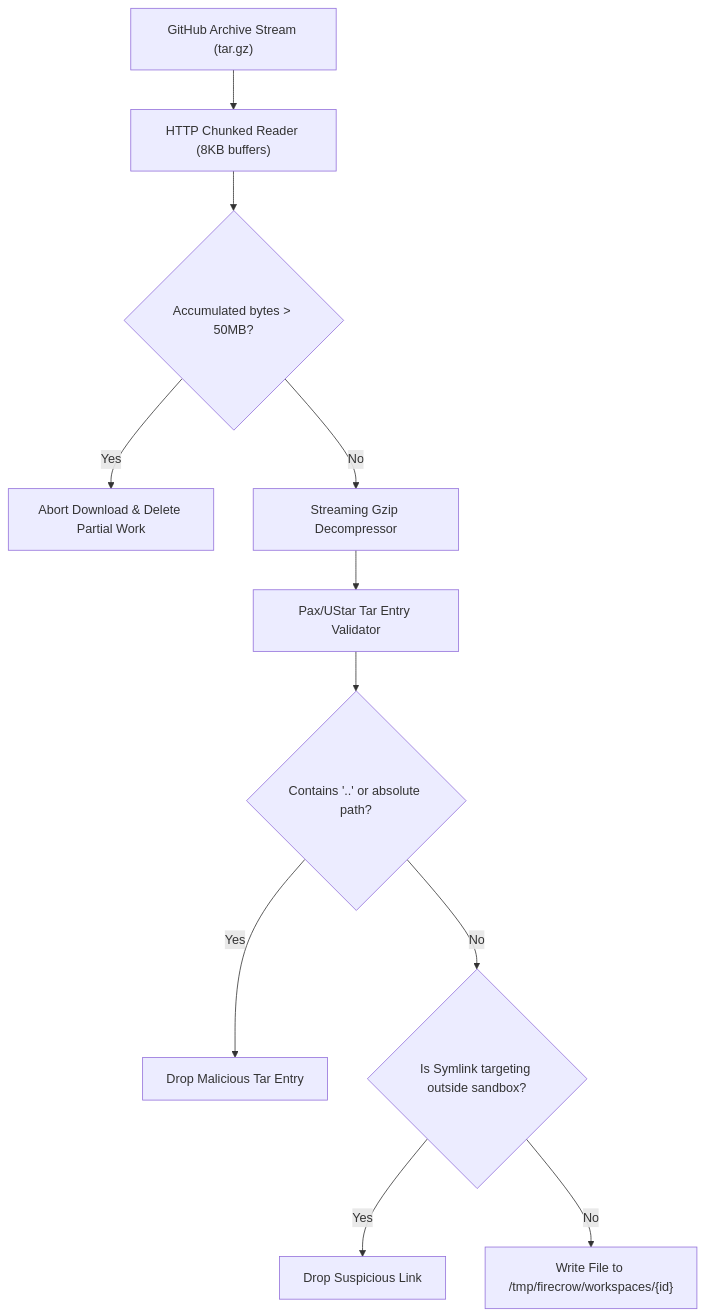
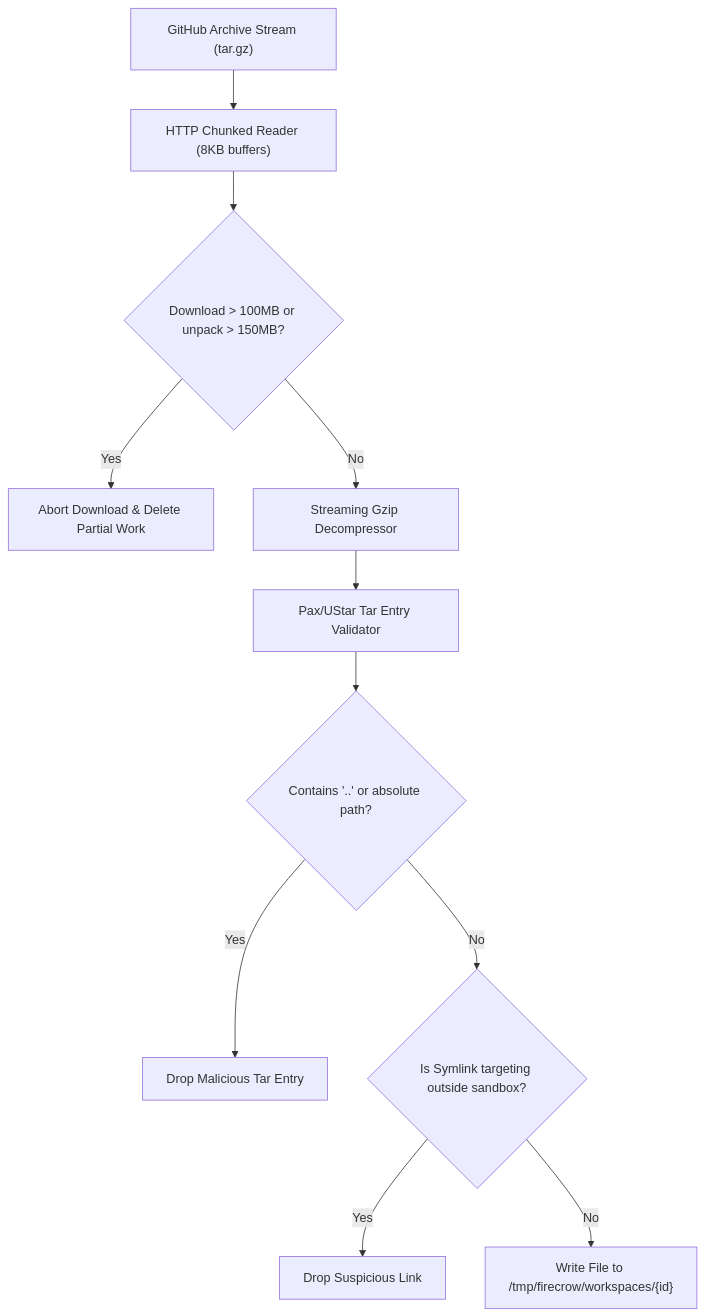
One commit to johan-droid/Fire-Crow- changed the diagram in docs/development/backend.md. Above: the diagram before and after it, drawn with Mermaid. The commit also changed other lines of this file and 104 other files, not shown here.

````diff
--- a/docs/development/backend.md
+++ b/docs/development/backend.md
@@ -42,13 +42,13 @@
 ```mermaid
 flowchart TD
     GH["GitHub Archive Stream (tar.gz)"] --> StreamReader["HTTP Chunked Reader (8KB buffers)"]
-    StreamReader --> SizeCheck{"Accumulated bytes > 50MB?"}
+    StreamReader --> SizeCheck{"Download > 100MB or unpack > 150MB?"}
     SizeCheck -- Yes --> Abort["Abort Download & Delete Partial Work"]
     SizeCheck -- No --> Gunzip["Streaming Gzip Decompressor"]
     Gunzip --> TarReader["Pax/UStar Tar Entry Validator"]
     TarReader --> PathCheck{"Contains '..' or absolute path?"}
     PathCheck -- Yes --> Reject["Drop Malicious Tar Entry"]
     PathCheck -- No --> SymlinkCheck{"Is Symlink targeting outside sandbox?"}
     SymlinkCheck -- Yes --> Skip["Drop Suspicious Link"]
     SymlinkCheck -- No --> WriteFile["Write File to /tmp/firecrow/workspaces/{id}"]
 ```
````
